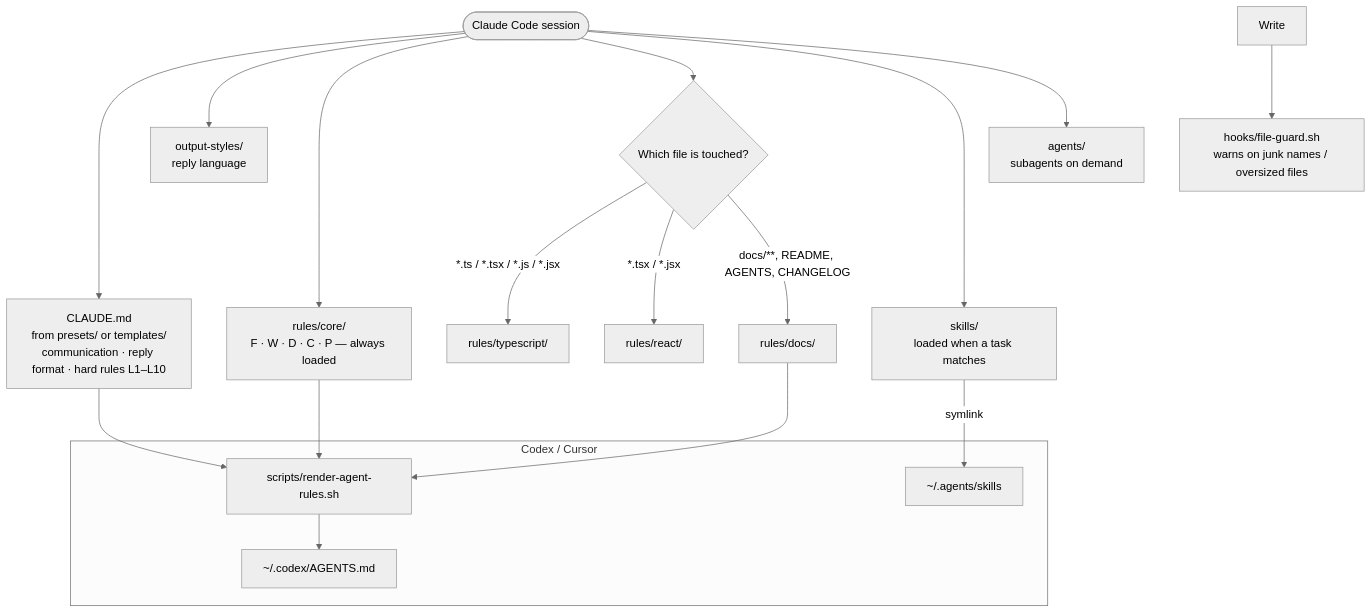
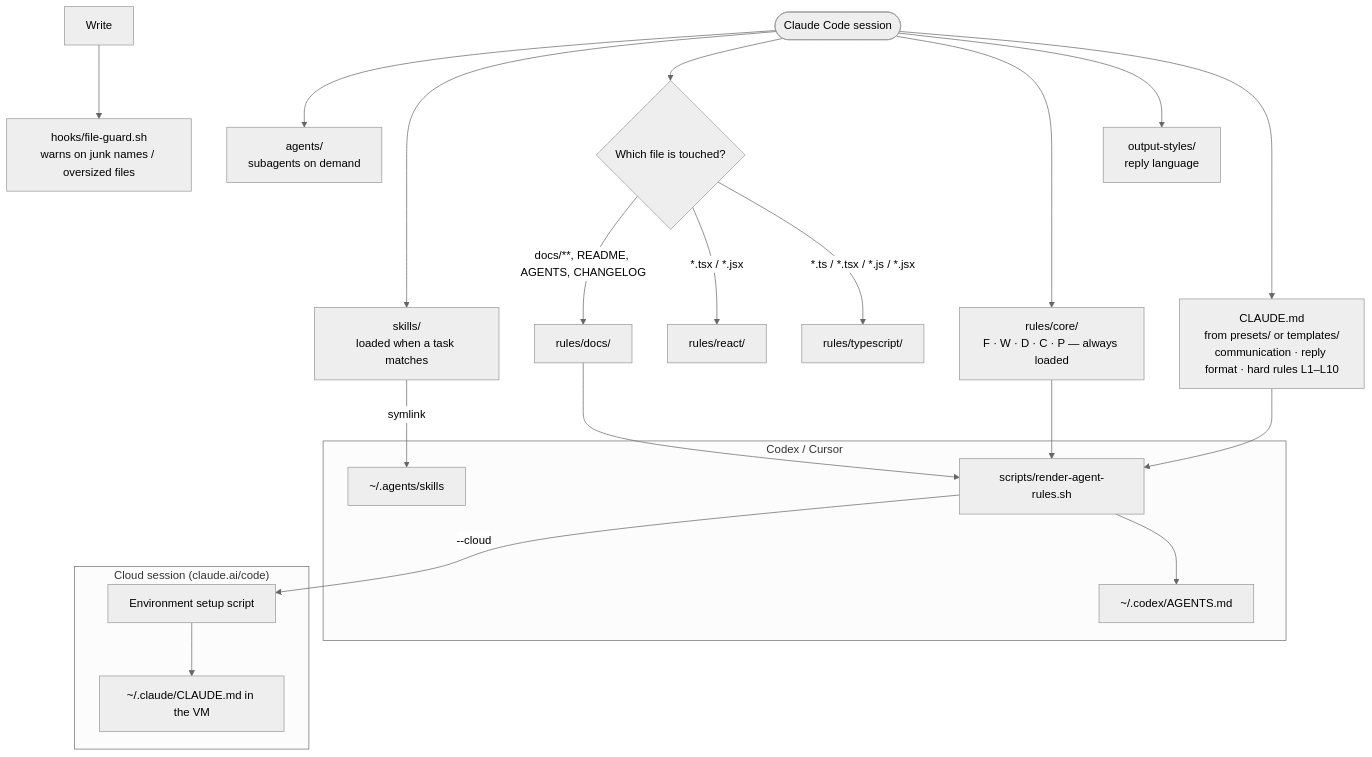
One commit to mxrsv/agents-skills changed the diagram in README.en.md. Above: the diagram before and after it, drawn with Mermaid (neutral theme). The commit also changed other lines of this file and 3 other files, not shown here.

First line of the commit message:
feat(scripts): render a cloud setup script that carries the rules into cloud sessions

````diff
--- a/README.en.md
+++ b/README.en.md
@@ -7,19 +7,23 @@
 ```mermaid
 flowchart TD
     S([Claude Code session]) --> A["CLAUDE.md<br/>from presets/ or templates/<br/>communication · reply format · hard rules L1–L10"]
     S --> O["output-styles/<br/>reply language"]
     S --> C["rules/core/<br/>F · W · D · C · P — always loaded"]
     S --> T{"Which file is touched?"}
     T -- "*.ts / *.tsx / *.js / *.jsx" --> TS["rules/typescript/"]
     T -- "*.tsx / *.jsx" --> R["rules/react/"]
     T -- "docs/**, README, AGENTS, CHANGELOG" --> D["rules/docs/"]
     S --> K["skills/<br/>loaded when a task matches"]
     S --> AG["agents/<br/>subagents on demand"]
     WR["Write"] --> H["hooks/file-guard.sh<br/>warns on junk names / oversized files"]
     subgraph CX["Codex / Cursor"]
         G["scripts/render-agent-rules.sh"] --> X["~/.codex/AGENTS.md"]
         L["~/.agents/skills"]
     end
+    subgraph CL["Cloud session (claude.ai/code)"]
+        SS["Environment setup script"] --> CM["~/.claude/CLAUDE.md in the VM"]
+    end
     A & C & D --> G
+    G -- "--cloud" --> SS
     K -- symlink --> L
 ```
````
